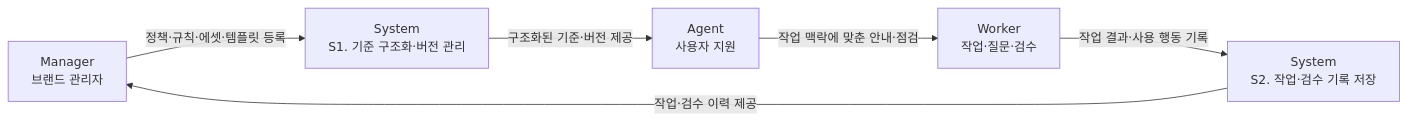
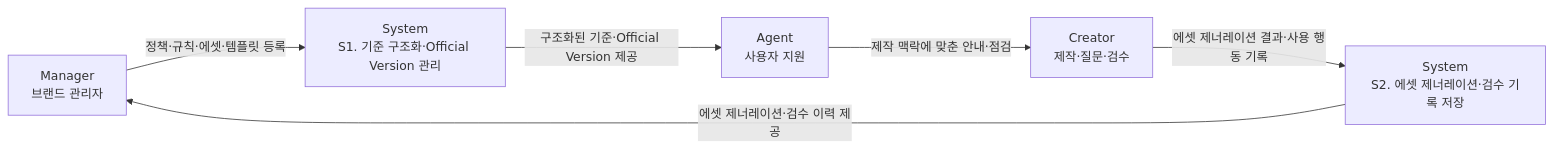
One commit to ewoooo/living-brand-system changed the second of 2 diagrams in docs/01-product.md. Above: the diagram before and after it, drawn with Mermaid. The commit also changed other lines of this file and 22 other files, not shown here.

````diff
--- a/docs/01-product.md
+++ b/docs/01-product.md
@@ -91,14 +91,14 @@
 ```mermaid
 flowchart LR
   M["Manager<br/>브랜드 관리자"]
-  S1["System<br/>S1. 기준 구조화·버전 관리"]
+  S1["System<br/>S1. 기준 구조화·Official Version 관리"]
   A1["Agent<br/>사용자 지원"]
-  C["Worker<br/>작업·질문·검수"]
-  S2["System<br/>S2. 작업·검수 기록 저장"]
+  C["Creator<br/>제작·질문·검수"]
+  S2["System<br/>S2. 에셋 제너레이션·검수 기록 저장"]
 
   M -->|"정책·규칙·에셋·템플릿 등록"| S1
-  S1 -->|"구조화된 기준·버전 제공"| A1
-  A1 -->|"작업 맥락에 맞춘 안내·점검"| C
-  C -->|"작업 결과·사용 행동 기록"| S2
-  S2 -->|"작업·검수 이력 제공"| M
+  S1 -->|"구조화된 기준·Official Version 제공"| A1
+  A1 -->|"제작 맥락에 맞춘 안내·점검"| C
+  C -->|"에셋 제너레이션 결과·사용 행동 기록"| S2
+  S2 -->|"에셋 제너레이션·검수 이력 제공"| M
 ```
````
